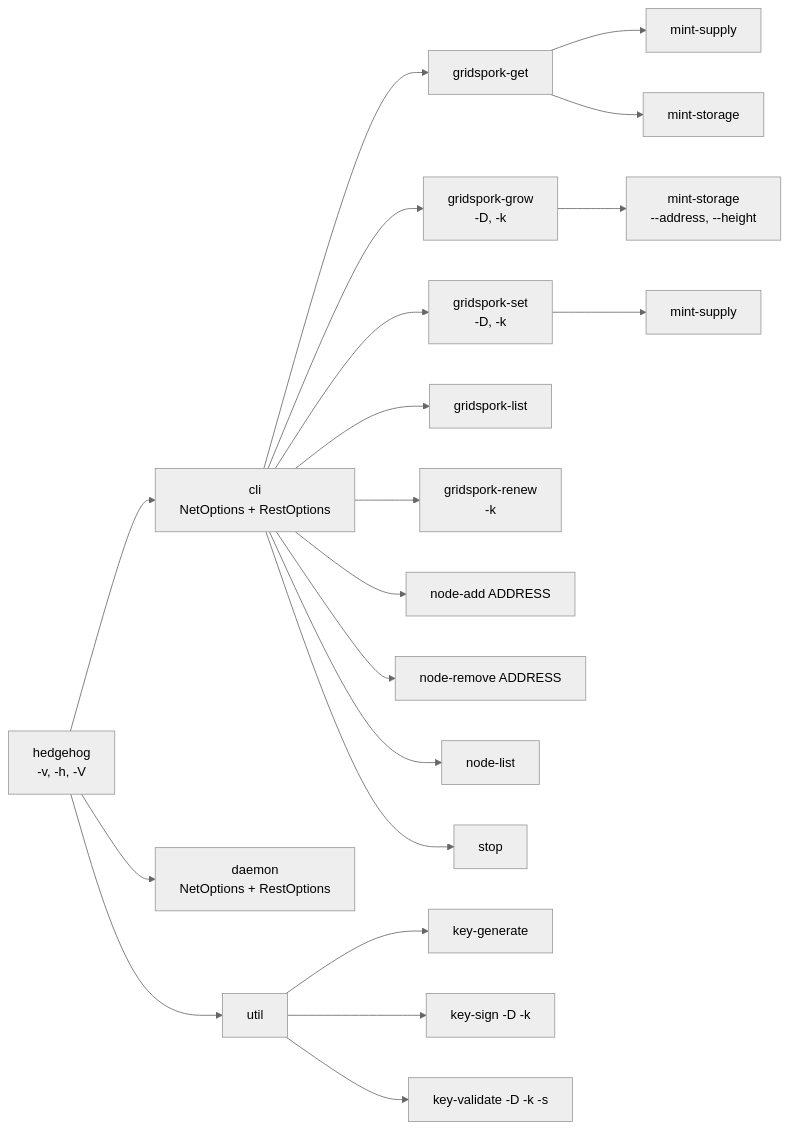
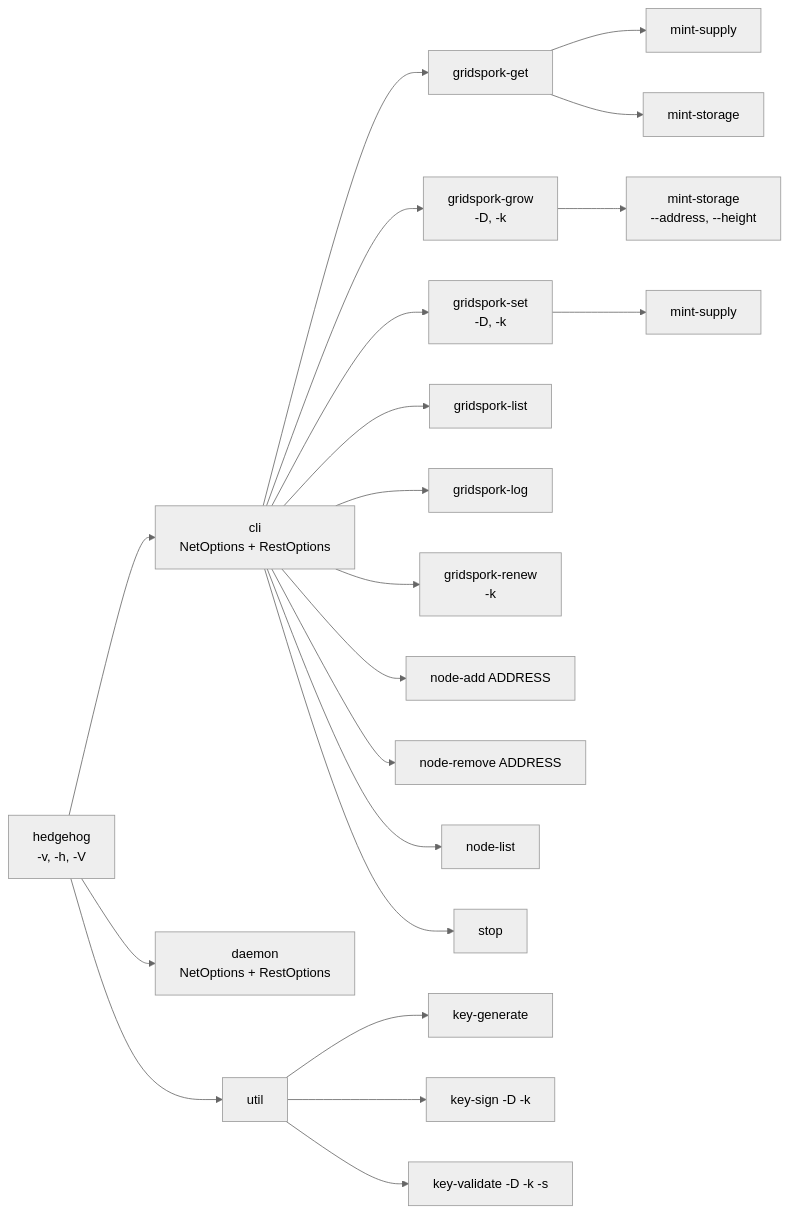
The first of 4 diagrams in documentation/architecture.md (unigrid-project/hedgehog), drawn with Mermaid (neutral theme) before and after one commit. The commit also changed other lines of this file and 3 other files, not shown here.

````diff
--- a/documentation/architecture.md
+++ b/documentation/architecture.md
@@ -180,26 +180,27 @@
 ```mermaid
 flowchart LR
     H["hedgehog<br/>-v, -h, -V"]
     H --> C["cli<br/>NetOptions + RestOptions"]
     H --> D["daemon<br/>NetOptions + RestOptions"]
     H --> U["util"]
 
     C --> GG["gridspork-get"]
     C --> GR["gridspork-grow<br/>-D, -k"]
     C --> GS["gridspork-set<br/>-D, -k"]
     C --> GL["gridspork-list"]
+    C --> GO["gridspork-log"]
     C --> GN["gridspork-renew<br/>-k"]
     C --> NA["node-add ADDRESS"]
     C --> NR["node-remove ADDRESS"]
     C --> NL["node-list"]
     C --> ST["stop"]
 
     GG --> GGS["mint-supply"]
     GG --> GGT["mint-storage"]
     GR --> GRT["mint-storage<br/>--address, --height"]
     GS --> GSS["mint-supply"]
 
     U --> KG["key-generate"]
     U --> KS["key-sign -D -k"]
     U --> KV["key-validate -D -k -s"]
 ```
````
